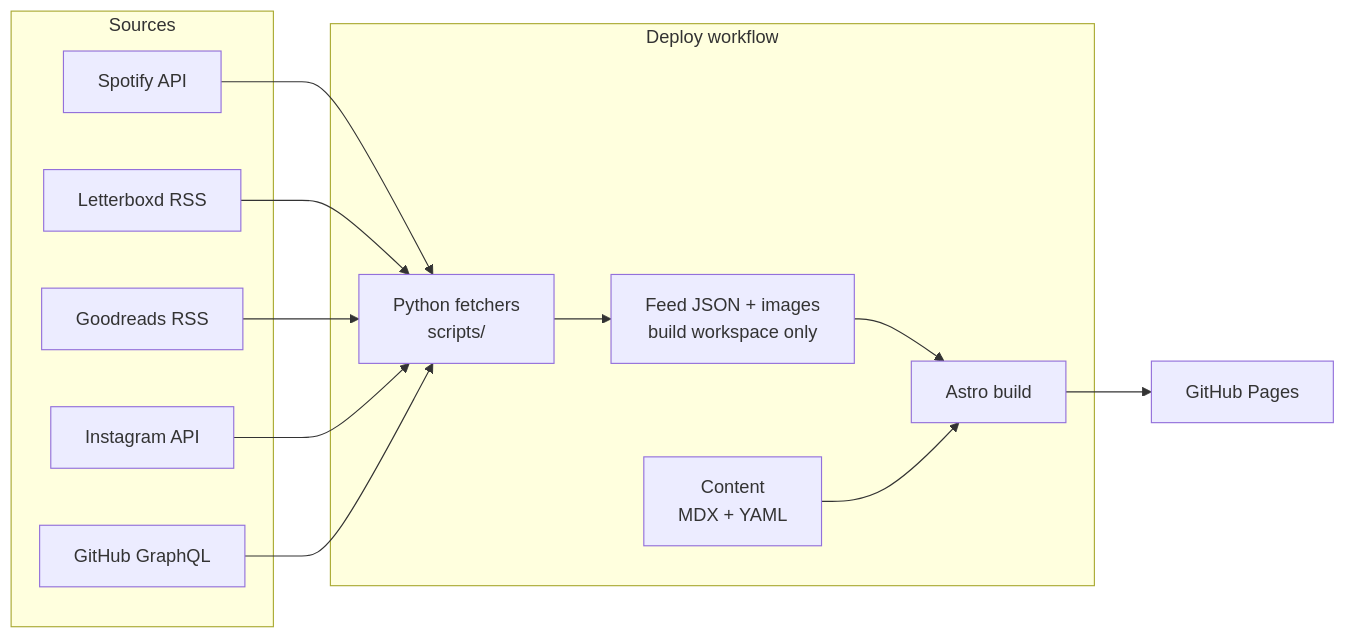
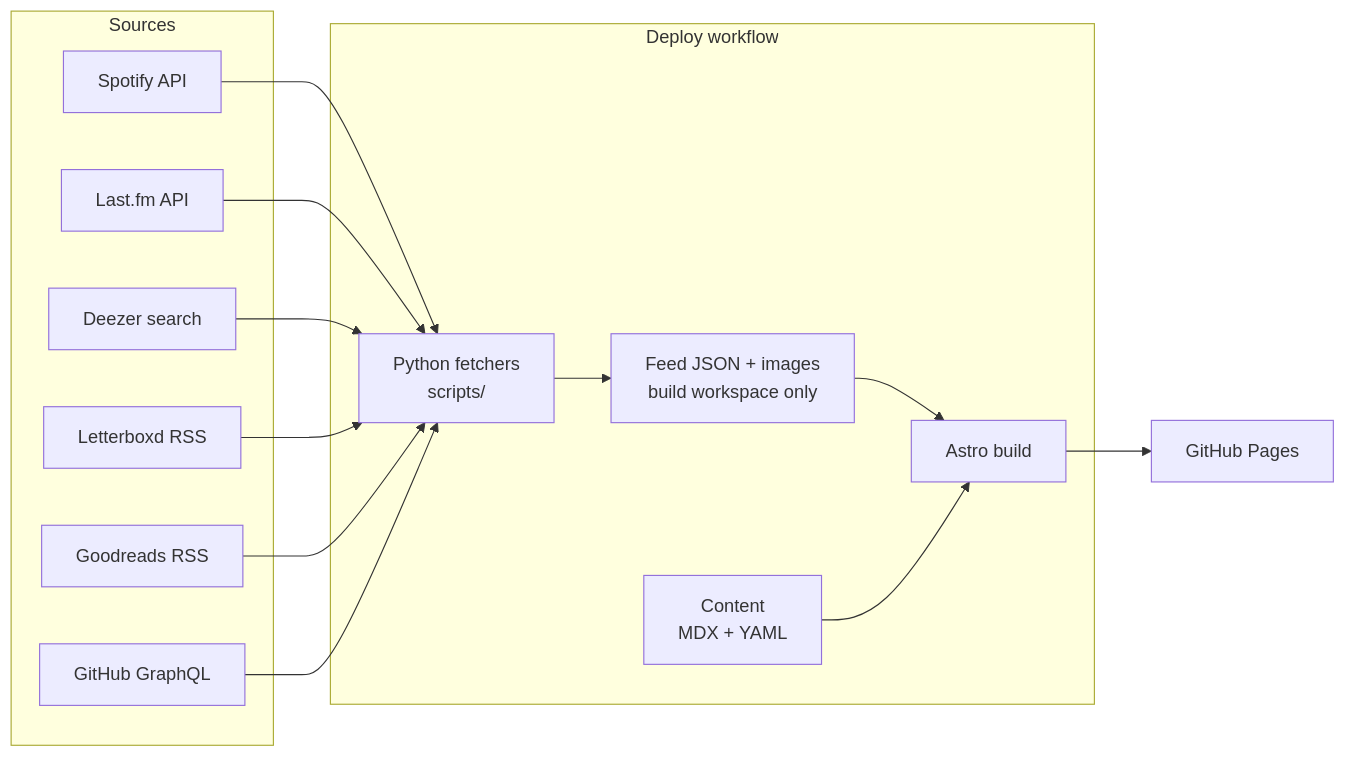
One commit to vitellaro-matteo/vitellaro-matteo.github.io changed the diagram in README.md. Above: the diagram before and after it, drawn with Mermaid. The commit also changed other lines of this file and 3 other files, not shown here.

````diff
--- a/README.md
+++ b/README.md
@@ -31,17 +36,18 @@
 ```mermaid
 flowchart LR
   subgraph Sources
     S[Spotify API]
     L[Letterboxd RSS]
     G[Goodreads RSS]
-    I[Instagram API]
+    M[Last.fm API]
+    D[Deezer search]
     H[GitHub GraphQL]
   end
   subgraph Deploy workflow
     F[Python fetchers<br/>scripts/] --> J[Feed JSON + images<br/>build workspace only]
     J --> A[Astro build]
     C[Content<br/>MDX + YAML] --> A
   end
-  S & L & G & I & H --> F
+  S & M & D & L & G & H --> F
   A --> P[GitHub Pages]
 ```
````
